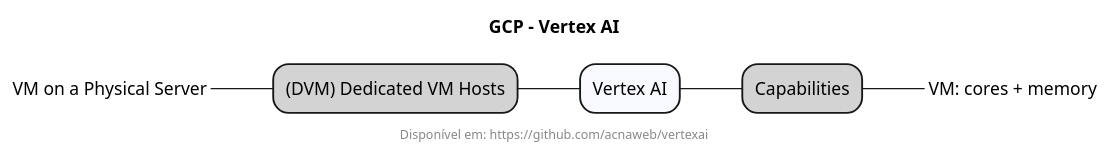
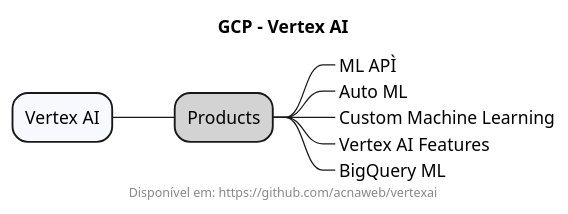
One commit to acnaweb/vertexai changed the diagram in docs/vertexai.puml. Above: the diagram before and after it, drawn with PlantUML. The commit also changed 1 other file, not shown here.

```diff
--- a/docs/vertexai.puml
+++ b/docs/vertexai.puml
@@ -1,18 +1,16 @@
 @startmindmap
 
 title "GCP - Vertex AI"
 footer Disponível em: https://github.com/acnaweb/vertexai
 
 *[#F8F8FF] Vertex AI
 
-**[#LightGray] Capabilities
+**[#LightGray] Products
 
-***_ VM: cores + memory
-
-left side
-
-**[#LightGray] (DVM) Dedicated VM Hosts
-
-***_ VM on a Physical Server
+***_ ML APÌ
+***_ Auto ML
+***_ Custom Machine Learning
+***_ Vertex AI Features
+***_ BigQuery ML
 
 @endmindmap
```
